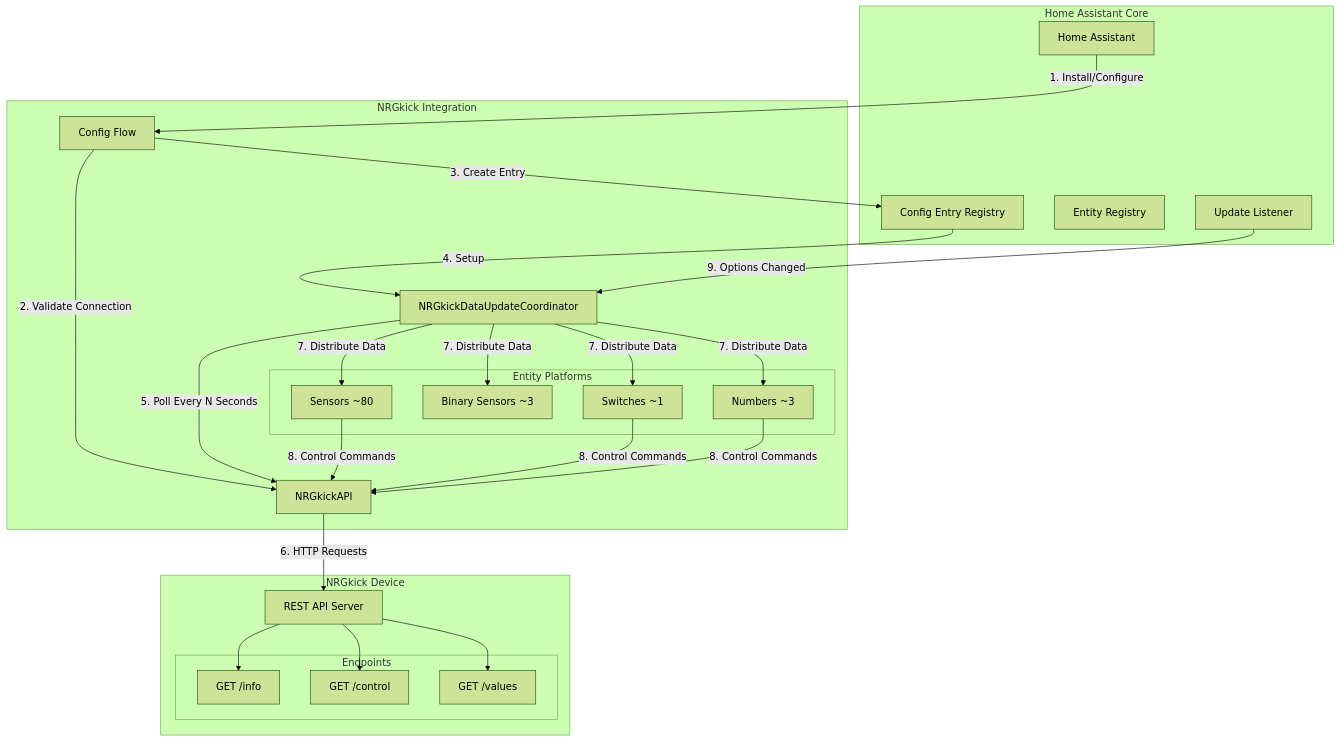
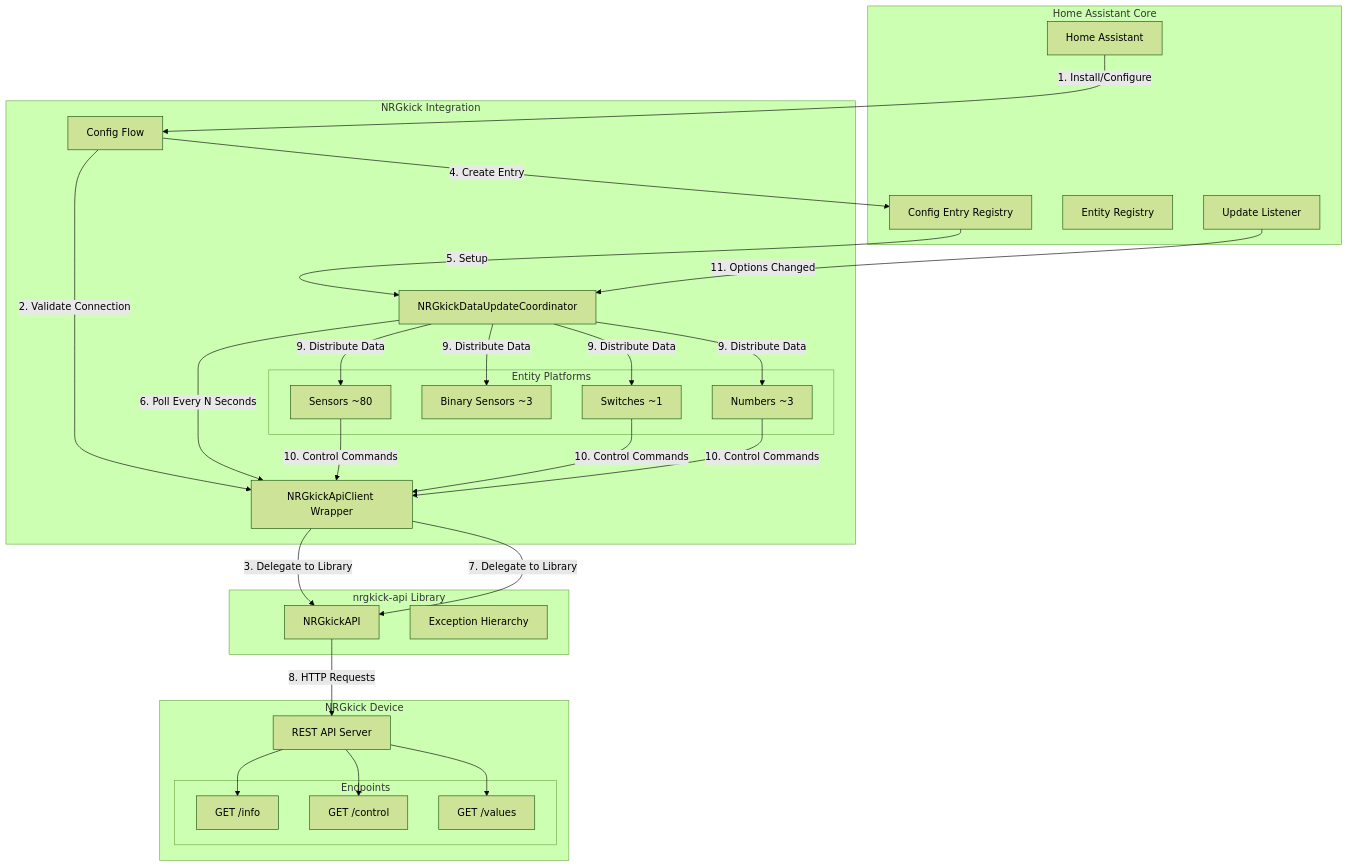
Before and after one commit to andijakl/nrgkick-homeassistant: the first of 7 diagrams in ARCHITECTURE.md, drawn with Mermaid (forest theme). The commit also changed other lines of this file and 10 other files, not shown here.

````diff
--- a/ARCHITECTURE.md
+++ b/ARCHITECTURE.md
@@ -36,49 +52,56 @@
 ```mermaid
 graph TB
     subgraph "Home Assistant Core"
         HA[Home Assistant]
         CE[Config Entry Registry]
         ER[Entity Registry]
         UL[Update Listener]
     end
 
     subgraph "NRGkick Integration"
         CF[Config Flow]
         CO[NRGkickDataUpdateCoordinator]
-        API[NRGkickAPI]
+        WRAP[NRGkickApiClient Wrapper]
 
         subgraph "Entity Platforms"
             SE[Sensors ~80]
             BS[Binary Sensors ~3]
             SW[Switches ~1]
             NU[Numbers ~3]
         end
+    end
+
+    subgraph "nrgkick-api Library"
+        API[NRGkickAPI]
+        EXC[Exception Hierarchy]
     end
 
     subgraph "NRGkick Device"
         REST[REST API Server]
         subgraph "Endpoints"
             INFO["GET /info"]
             CTRL["GET /control"]
             VALS["GET /values"]
         end
     end
 
     HA -->|1. Install/Configure| CF
-    CF -->|2. Validate Connection| API
-    CF -->|3. Create Entry| CE
-    CE -->|4. Setup| CO
-    CO -->|5. Poll Every N Seconds| API
-    API -->|6. HTTP Requests| REST
+    CF -->|2. Validate Connection| WRAP
+    WRAP -->|3. Delegate to Library| API
+    CF -->|4. Create Entry| CE
+    CE -->|5. Setup| CO
+    CO -->|6. Poll Every N Seconds| WRAP
+    WRAP -->|7. Delegate to Library| API
+    API -->|8. HTTP Requests| REST
     REST --> INFO
     REST --> CTRL
     REST --> VALS
-    CO -->|7. Distribute Data| SE
-    CO -->|7. Distribute Data| BS
-    CO -->|7. Distribute Data| SW
-    CO -->|7. Distribute Data| NU
-    SE -->|8. Control Commands| API
-    SW -->|8. Control Commands| API
-    NU -->|8. Control Commands| API
-    UL -->|9. Options Changed| CO
+    CO -->|9. Distribute Data| SE
+    CO -->|9. Distribute Data| BS
+    CO -->|9. Distribute Data| SW
+    CO -->|9. Distribute Data| NU
+    SE -->|10. Control Commands| WRAP
+    SW -->|10. Control Commands| WRAP
+    NU -->|10. Control Commands| WRAP
+    UL -->|11. Options Changed| CO
 ```
````
